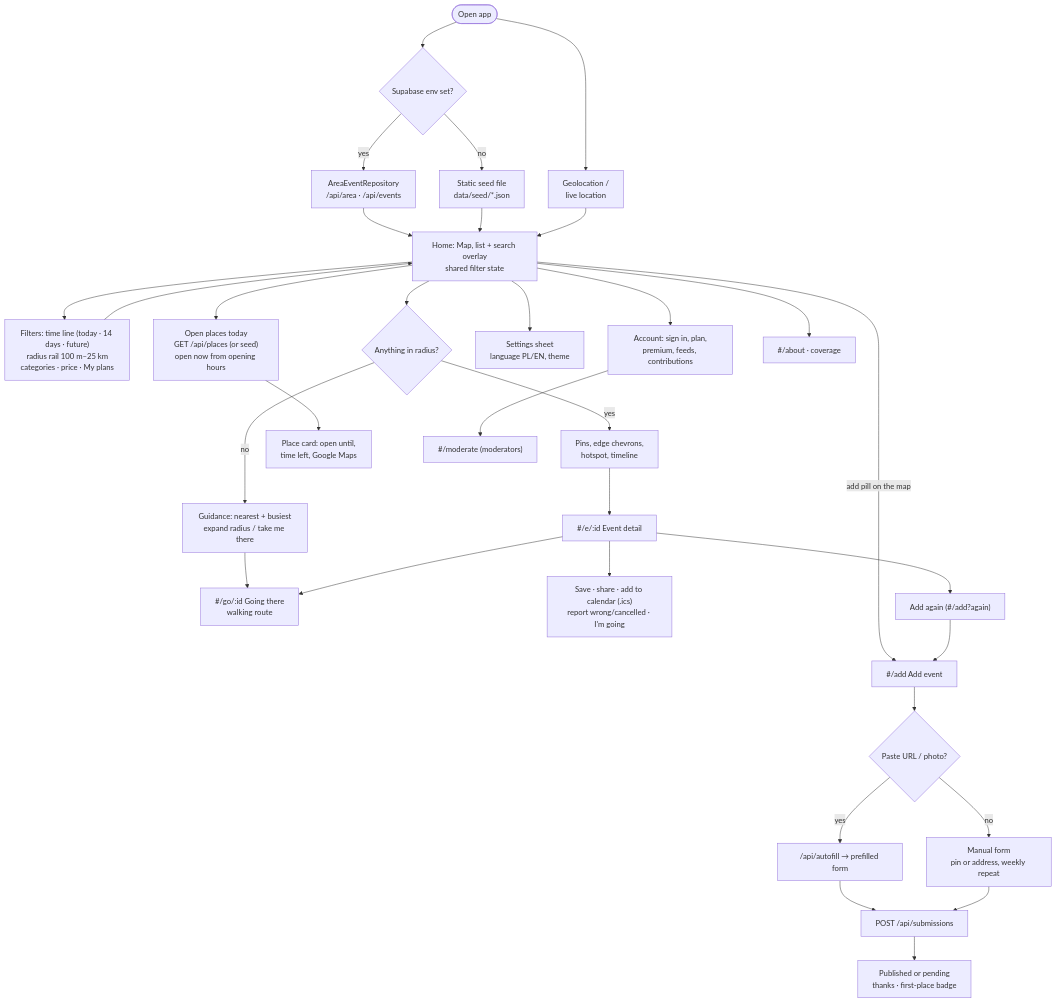
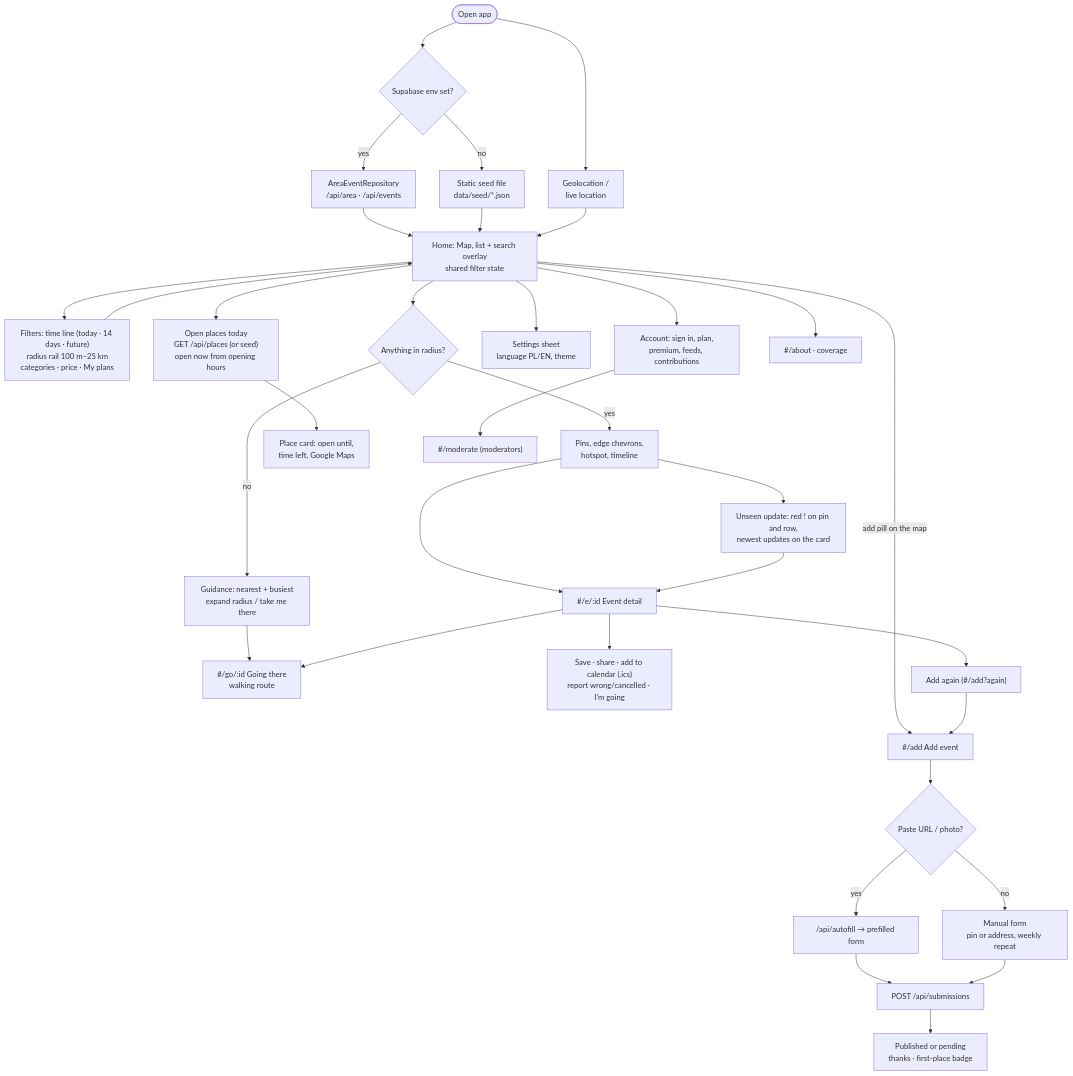
One commit to PriamSinbob/Happow changed the fourth of 4 diagrams in docs/ARCHITECTURE.md. Above: the diagram before and after it, drawn with Mermaid. The commit also changed other lines of this file and 49 other files, not shown here.

````diff
--- a/docs/ARCHITECTURE.md
+++ b/docs/ARCHITECTURE.md
@@ -161,34 +161,36 @@
 ```mermaid
 flowchart TB
   OPEN(["Open app"]) --> REPO{"Supabase env set?"}
   REPO -- yes --> AREAR["AreaEventRepository<br/>/api/area · /api/events"]
   REPO -- no --> SEED["Static seed file<br/>data/seed/*.json"]
   AREAR --> HOME
   SEED --> HOME
   OPEN --> LOC["Geolocation /<br/>live location"] --> HOME
   HOME["Home: Map, list + search overlay<br/>shared filter state"]
   HOME --> F["Filters: time line (today · 14 days · future)<br/>radius rail 100 m–25 km<br/>categories · price · My plans"]
   F --> HOME
   HOME --> EMPTY{"Anything in radius?"}
   EMPTY -- no --> GUIDE["Guidance: nearest + busiest<br/>expand radius / take me there"]
   EMPTY -- yes --> PINS["Pins, edge chevrons,<br/>hotspot, timeline"]
   HOME --> OPENP["Open places today<br/>GET /api/places (or seed)<br/>open now from opening hours"]
   OPENP --> PCARD["Place card: open until,<br/>time left, Google Maps"]
   HOME --> SET["Settings sheet<br/>language PL/EN, theme"]
   HOME --> ACC["Account: sign in, plan,<br/>premium, feeds, contributions"]
   PINS --> DET["#/e/:id Event detail"]
   GUIDE --> GO
   DET --> GO["#/go/:id Going there<br/>walking route"]
   DET --> ACT["Save · share · add to calendar (.ics)<br/>report wrong/cancelled · I'm going"]
+  PINS --> UPD["Unseen update: red ! on pin and row,<br/>newest updates on the card"]
+  UPD --> DET
   DET --> AGAIN["Add again (#/add?again)"]
   HOME -- "add pill on the map" --> ADD["#/add Add event"]
   AGAIN --> ADD
   ADD --> PASTE{"Paste URL / photo?"}
   PASTE -- yes --> AUTOF["/api/autofill → prefilled form"]
   PASTE -- no --> MAN["Manual form<br/>pin or address, weekly repeat"]
   AUTOF --> SUBMIT["POST /api/submissions"]
   MAN --> SUBMIT
   SUBMIT --> THANK["Published or pending<br/>thanks · first-place badge"]
   ACC --> MODR["#/moderate (moderators)"]
   HOME --> ABOUT["#/about · coverage"]
 ```
````
